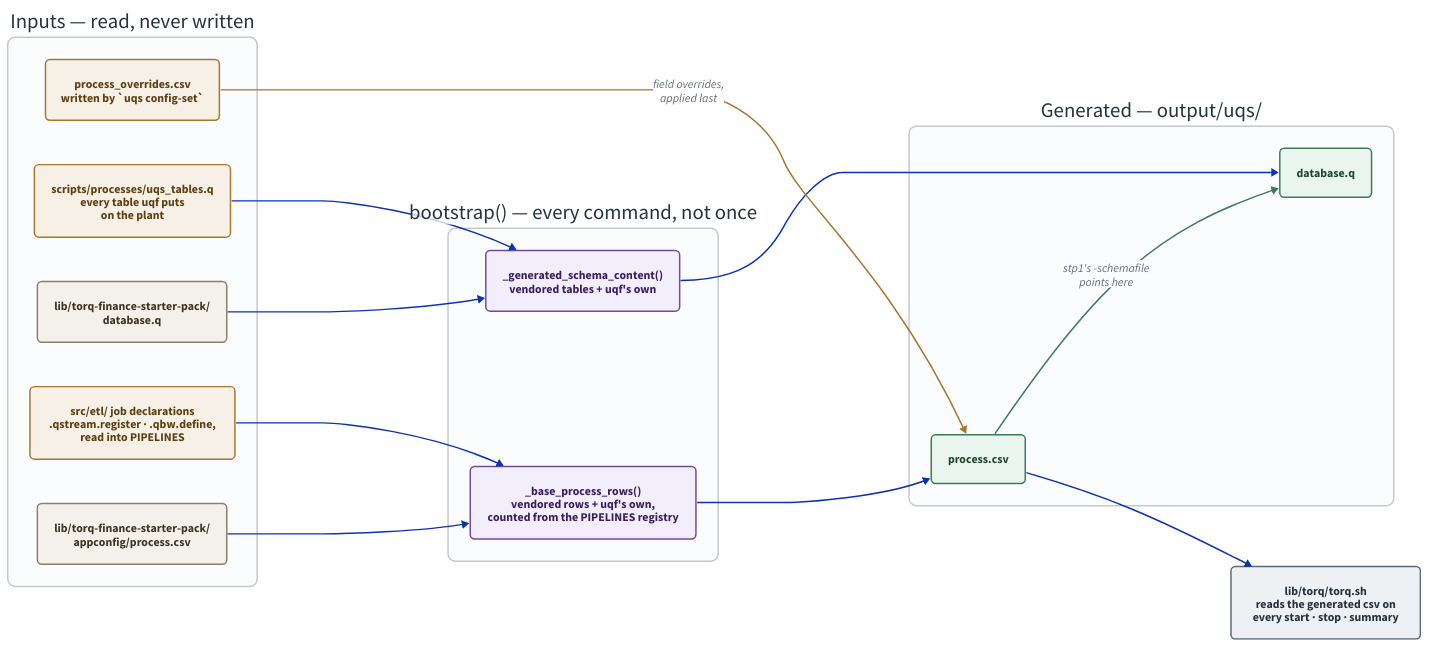
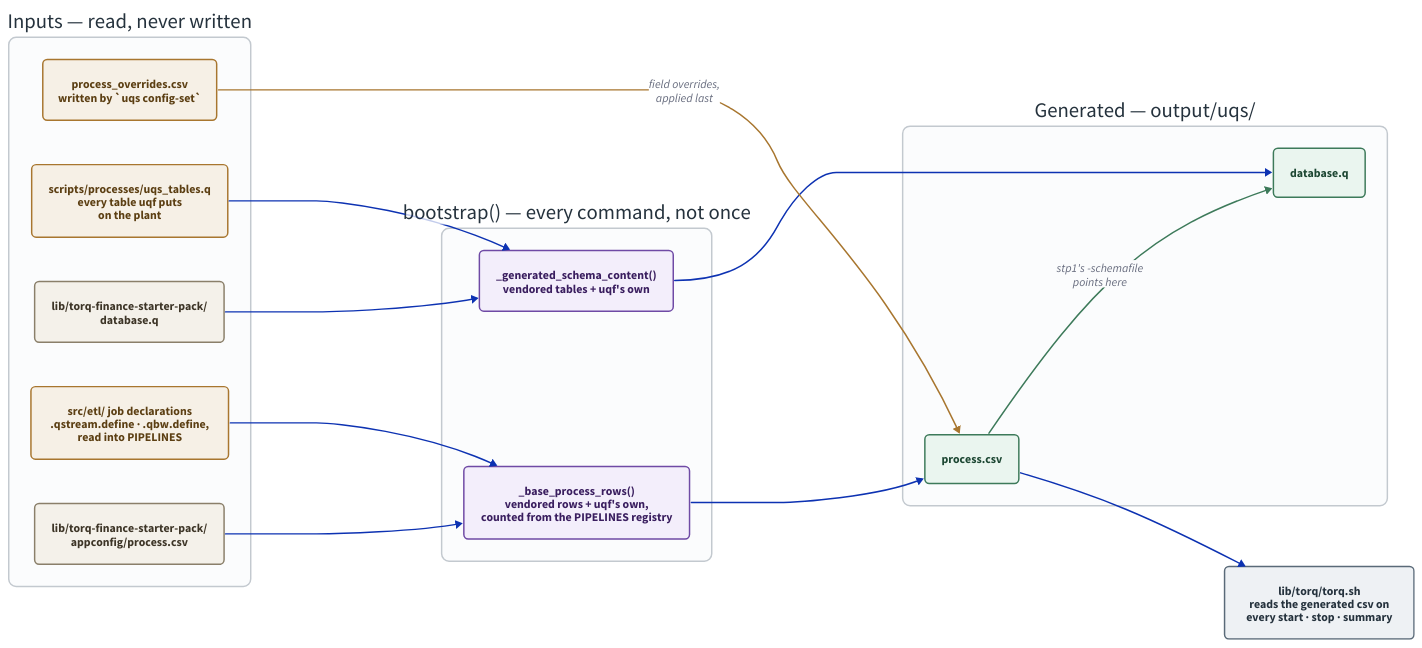
Before and after one commit to kwojdalski/uqf: the diagram in docs/diagrams/config-generation.d2, drawn with D2. The commit also changed 74 other files, not shown here.

```diff
--- a/docs/diagrams/config-generation.d2
+++ b/docs/diagrams/config-generation.d2
@@ -1,128 +1,128 @@
 # config-generation.d2 - how the vendored TorQ config becomes the config the
 # stack actually runs on.
 #
 # Rendered by scripts/generate/render_diagrams.py, which CI runs with
 # --check. Embedded from docs/architecture/stack.md.
 #
 # THE RULE THIS DRAWS is H-01: the vendored trees are never written to. Read
 # the vendored file fresh, generate an extended copy, point the running
 # process at the copy. An edit to lib/ would work until the next upgrade and
 # then be silently lost, which is the failure the whole arrangement exists
 # to make impossible.
 #
 # The other thing worth seeing is that there is no setup step. bootstrap()
 # regenerates both outputs on EVERY command - start, stop, summary, all of
 # them - so the generated files are always a fresh function of the vendored
 # tree plus the three small tracked extension files. Nothing here is a state
 # you can get out of sync; the only way to change the output is to change an
 # input.
 
 direction: right
 
 vars: {
   d2-config: {
     pad: 40
   }
 }
 
 classes: {
   vendored: {
     style: {
       fill: "#f4f1ea"
       stroke: "#8a7f6a"
       font-color: "#3d3527"
       border-radius: 6
     }
   }
   tracked: {
     style: {
       fill: "#f6f0e6"
       stroke: "#a8762f"
       font-color: "#5c3f13"
       border-radius: 6
     }
   }
   step: {
     style: {
       fill: "#f3eefb"
       stroke: "#6f4aa5"
       font-color: "#3a1e5f"
       border-radius: 6
     }
   }
   generated: {
     style: {
       fill: "#eaf5ef"
       stroke: "#3d7a5a"
       font-color: "#1d4733"
       border-radius: 6
     }
   }
   consumer: {
     style: {
       fill: "#eef1f4"
       stroke: "#5a6a78"
       font-color: "#25323d"
       border-radius: 6
     }
   }
 }
 
 inputs: "Inputs — read, never written" {
   style: {
     fill: "#fbfcfd"
     stroke: "#c3c9cf"
     stroke-width: 2
     border-radius: 10
     font-color: "#25323d"
   }
 
   # Declared in the order they are consumed - the process.csv inputs, then
   # the database.q ones - so dagre keeps each group near the step it feeds.
   vendored_csv: "lib/torq-finance-starter-pack/\nappconfig/process.csv" { class: vendored }
-  declarations: "src/etl/ job declarations\n.qstream.register · .qbw.define,\nread into PIPELINES" { class: tracked }
+  declarations: "src/etl/ job declarations\n.qstream.define · .qbw.define,\nread into PIPELINES" { class: tracked }
   overrides: "process_overrides.csv\nwritten by `uqs config-set`" { class: tracked }
   vendored_schema: "lib/torq-finance-starter-pack/\ndatabase.q" { class: vendored }
   tables: "scripts/processes/uqs_tables.q\nevery table uqf puts\non the plant" { class: tracked }
 }
 
 bootstrap: "bootstrap() — every command, not once" {
   style: {
     fill: "#fbfcfd"
     stroke: "#c3c9cf"
     stroke-width: 2
     border-radius: 10
     font-color: "#25323d"
   }
 
   rows: "_base_process_rows()\nvendored rows + uqf's own,\ncounted from the PIPELINES registry" { class: step }
   schema: "_generated_schema_content()\nvendored tables + uqf's own" { class: step }
 }
 
 outputs: "Generated — output/uqs/" {
   style: {
     fill: "#fbfcfd"
     stroke: "#c3c9cf"
     stroke-width: 2
     border-radius: 10
     font-color: "#25323d"
   }
 
   gen_csv: "process.csv" { class: generated }
   gen_schema: "database.q" { class: generated }
 
   gen_csv -> gen_schema: "stp1's -schemafile\npoints here" { style.stroke: "#3d7a5a" }
 }
 
 torqsh: "lib/torq/torq.sh\nreads the generated csv on\nevery start · stop · summary" { class: consumer }
 
 inputs.vendored_csv -> bootstrap.rows
 inputs.vendored_schema -> bootstrap.schema
 inputs.declarations -> bootstrap.rows
 inputs.tables -> bootstrap.schema
 
 bootstrap.rows -> outputs.gen_csv
 bootstrap.schema -> outputs.gen_schema
 inputs.overrides -> outputs.gen_csv: "field overrides,\napplied last" { style.stroke: "#a8762f" }
 
 outputs.gen_csv -> torqsh
```
